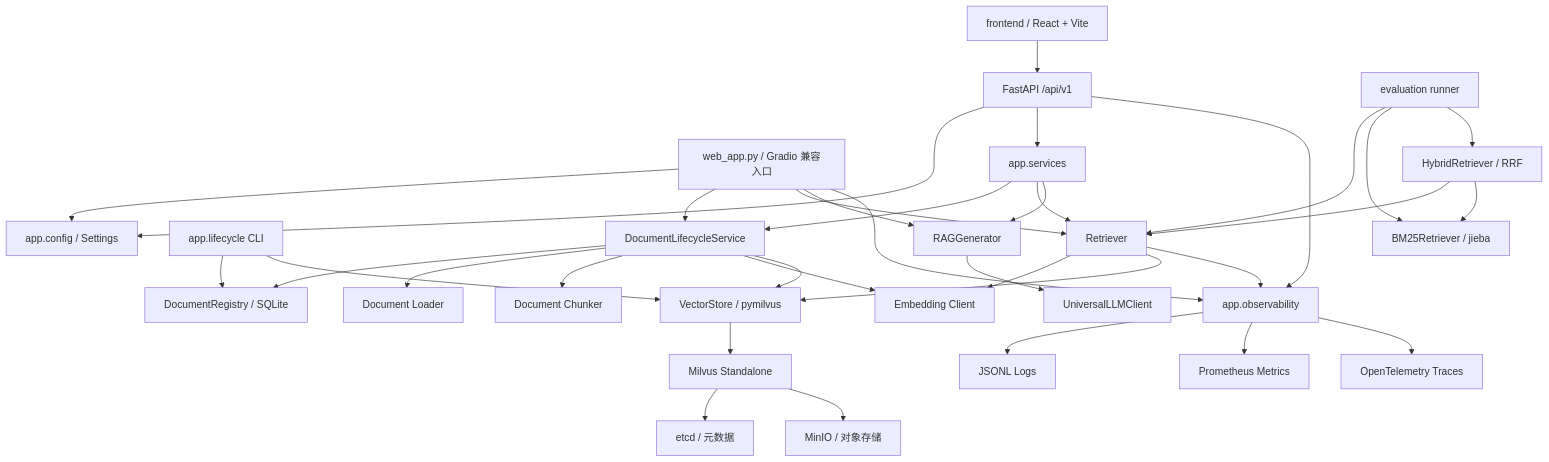
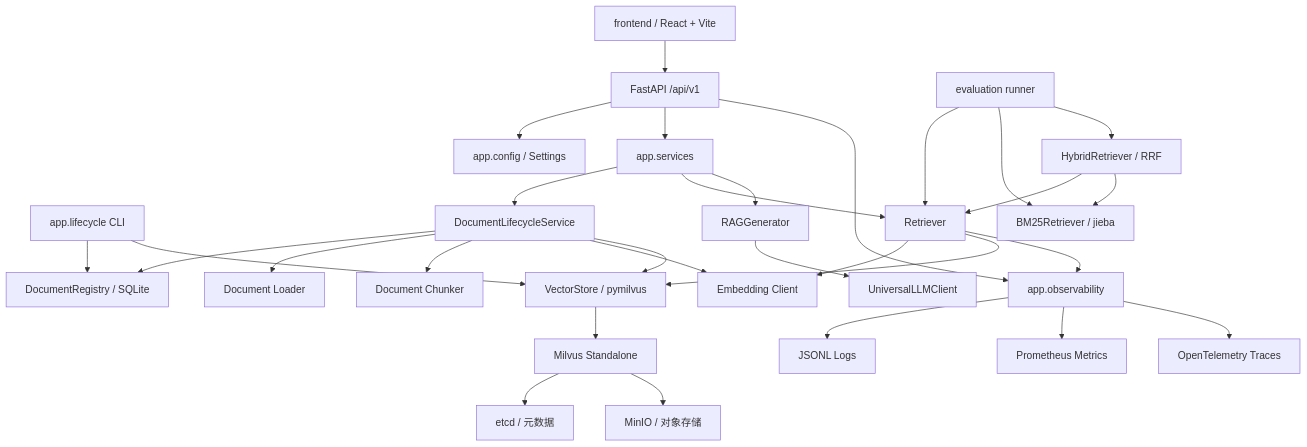
One commit to Zhou-Jin-Feng/DocuMind changed the diagram in docs/ARCHITECTURE.md. Above: the diagram before and after it, drawn with Mermaid. The commit also changed other lines of this file and 48 other files, not shown here.

````diff
--- a/docs/ARCHITECTURE.md
+++ b/docs/ARCHITECTURE.md
@@ -5,37 +5,32 @@
 ```mermaid
 flowchart TD
-    GRADIO["web_app.py / Gradio 兼容入口"] --> CFG["app.config / Settings"]
     FRONTEND["frontend / React + Vite"] --> API["FastAPI /api/v1"]
-    API --> CFG
+    API --> CFG["app.config / Settings"]
     API --> SERVICE["app.services"]
     CLI["app.lifecycle CLI"] --> REG["DocumentRegistry / SQLite"]
     CLI --> VS
-    GRADIO --> LC["DocumentLifecycleService"]
-    SERVICE --> LC
+    SERVICE --> LC["DocumentLifecycleService"]
     LC --> REG
     LC --> LOAD["Document Loader"]
     LC --> CHUNK["Document Chunker"]
     LC --> EMB["Embedding Client"]
     LC --> VS["VectorStore / pymilvus"]
     VS --> MILVUS["Milvus Standalone"]
     MILVUS --> ETCD["etcd / 元数据"]
     MILVUS --> MINIO["MinIO / 对象存储"]
-    GRADIO --> RET["Retriever"]
-    SERVICE --> RET
+    SERVICE --> RET["Retriever"]
     RET --> EMB
     RET --> VS
     EVAL["evaluation runner"] --> RET
     EVAL --> LEX["BM25Retriever / jieba"]
     EVAL --> HYB["HybridRetriever / RRF"]
     HYB --> RET
     HYB --> LEX
-    GRADIO --> GEN["RAGGenerator"]
-    SERVICE --> GEN
+    SERVICE --> GEN["RAGGenerator"]
     GEN --> LLM["UniversalLLMClient"]
     API --> OBS["app.observability"]
-    GRADIO --> OBS
     RET --> OBS
     OBS --> LOG["JSONL Logs"]
     OBS --> MET["Prometheus Metrics"]
     OBS --> TRACE["OpenTelemetry Traces"]
 ```
````
